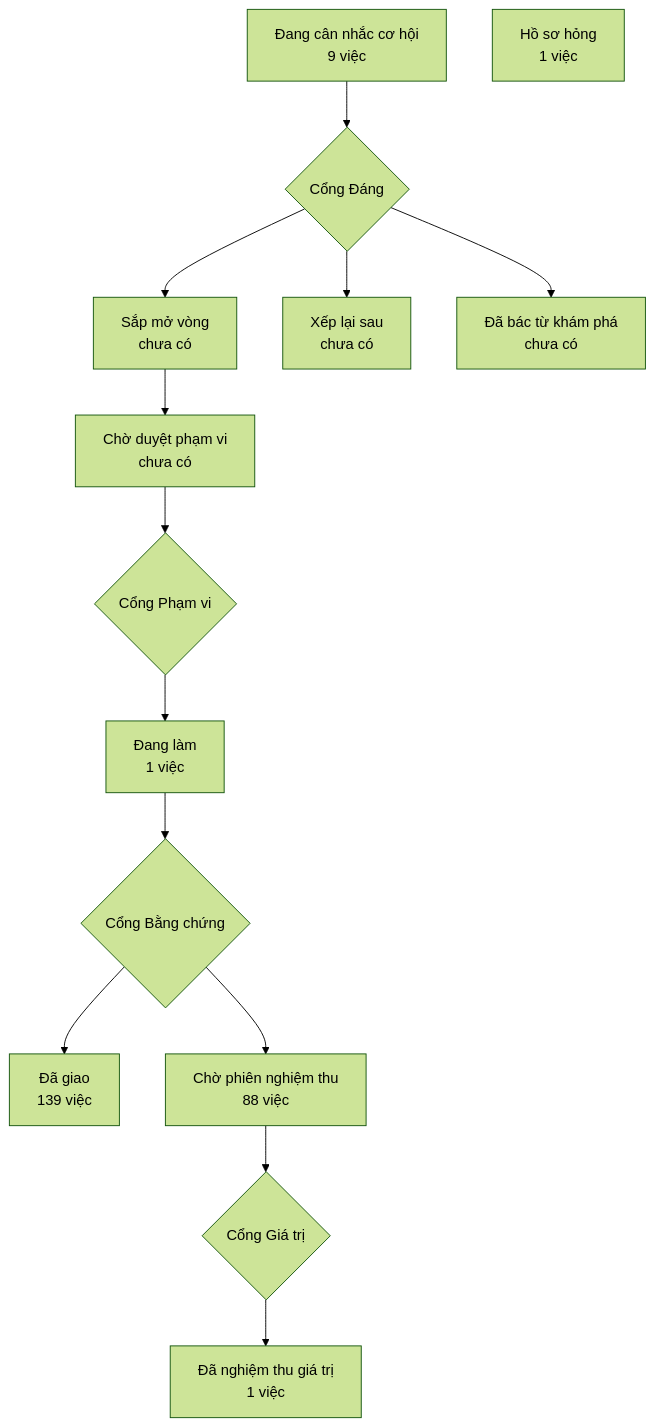
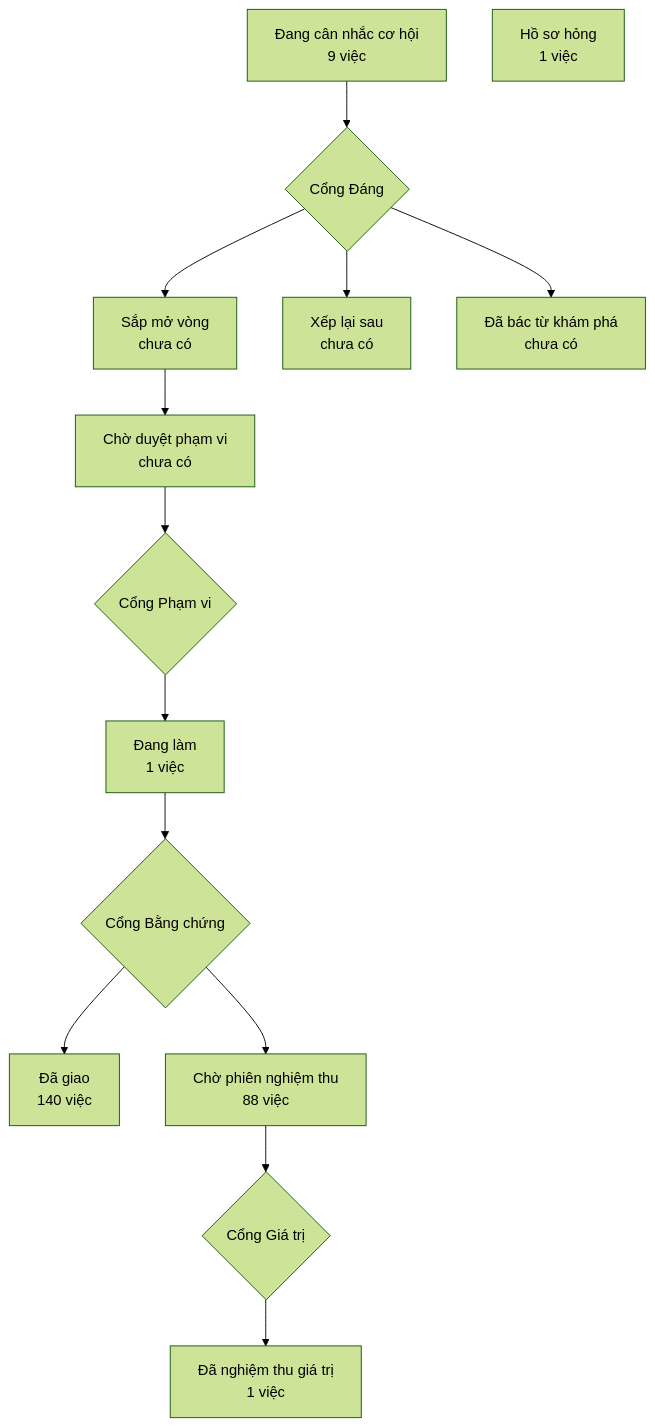
The diagram in PRODUCT-MAP.md (phanlemanh/crm-onehub), drawn with Mermaid (forest theme) before and after one commit. The commit also changed other lines of this file and 4 other files, not shown here.

````diff
--- a/PRODUCT-MAP.md
+++ b/PRODUCT-MAP.md
@@ -7,13 +7,13 @@
 ```mermaid
 flowchart TD
   A["Đang cân nhắc cơ hội<br/>9 việc"] --> GD{"Cổng Đáng"}
   GD --> B["Sắp mở vòng<br/>chưa có"]
   GD --> XL["Xếp lại sau<br/>chưa có"]
   GD --> DB["Đã bác từ khám phá<br/>chưa có"]
   B --> CD["Chờ duyệt phạm vi<br/>chưa có"] --> GP{"Cổng Phạm vi"}
   GP --> DL["Đang làm<br/>1 việc"] --> GB{"Cổng Bằng chứng"}
-  GB --> DG["Đã giao<br/>139 việc"]
+  GB --> DG["Đã giao<br/>140 việc"]
   GB --> CN["Chờ phiên nghiệm thu<br/>88 việc"] --> GG{"Cổng Giá trị"}
   GG --> NT["Đã nghiệm thu giá trị<br/>1 việc"]
   HS["Hồ sơ hỏng<br/>1 việc"]
 ```
````
